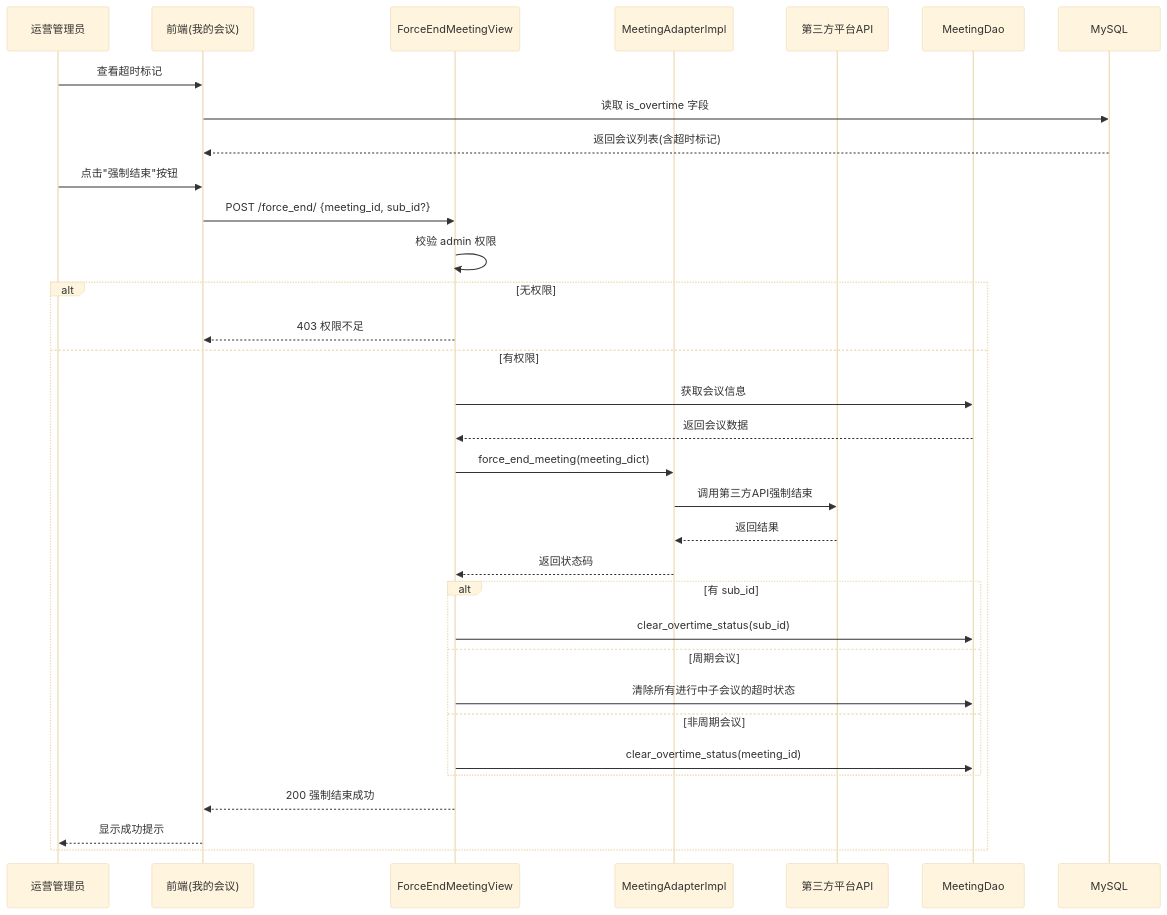
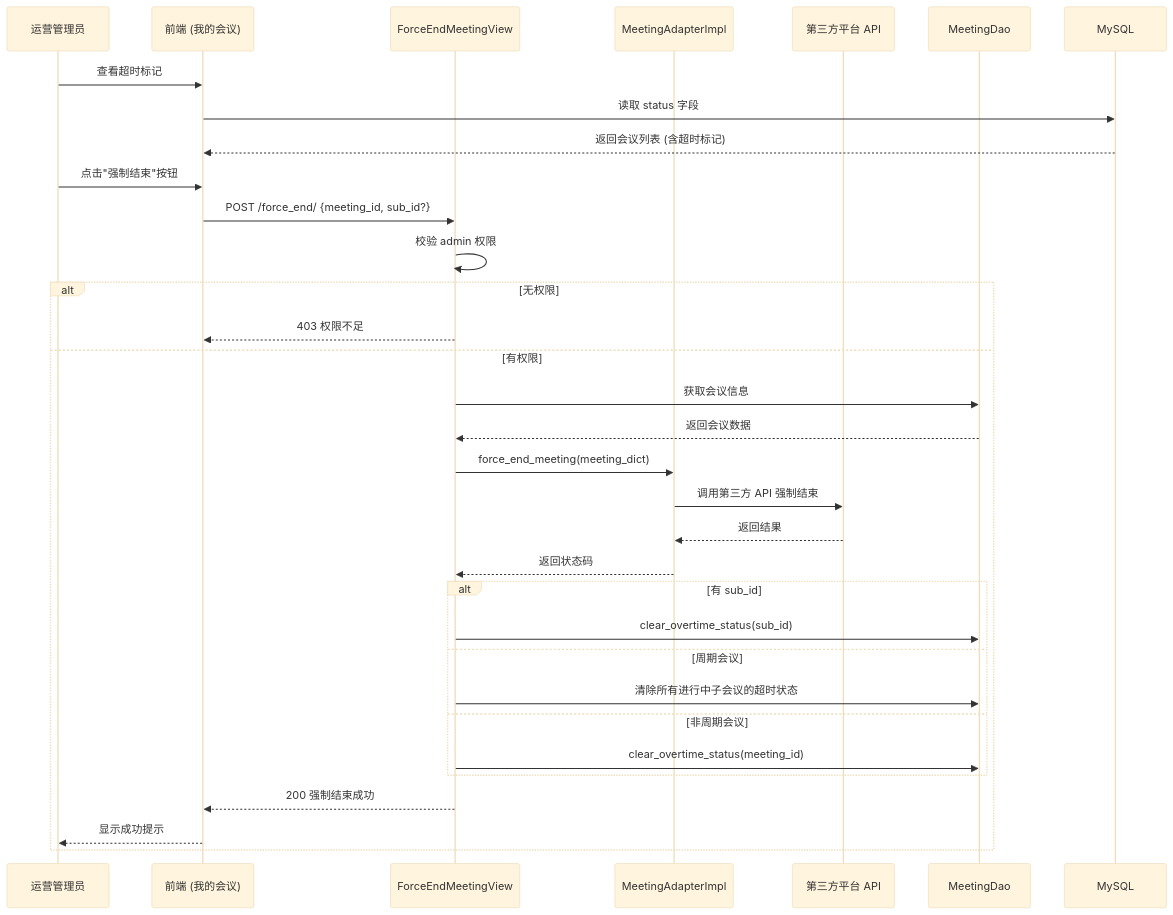
Before and after one commit to GeorgeCao-hw/backlog-test: the fifth of 5 diagrams in opensourceways/issue_docs/100/Architecture Design/#100 Architecture Design Specification.md, drawn with Mermaid (base theme). The commit also changed other lines of this file and 1 other file, not shown here.

````diff
--- a/opensourceways/issue_docs/100/Architecture Design/#100 Architecture Design Specification.md
+++ b/opensourceways/issue_docs/100/Architecture Design/#100 Architecture Design Specification.md
@@ -231,42 +216,42 @@
 ```mermaid
 sequenceDiagram
     participant Admin as 运营管理员
-    participant Frontend as 前端(我的会议)
+    participant Frontend as 前端 (我的会议)
     participant API as ForceEndMeetingView
     participant Adapter as MeetingAdapterImpl
-    participant Platform as 第三方平台API
+    participant Platform as 第三方平台 API
     participant DAO as MeetingDao
     participant DB as MySQL
 
     Admin->>Frontend: 查看超时标记
-    Frontend->>DB: 读取 is_overtime 字段
-    DB-->>Frontend: 返回会议列表(含超时标记)
+    Frontend->>DB: 读取 status 字段
+    DB-->>Frontend: 返回会议列表 (含超时标记)
 
     Admin->>Frontend: 点击"强制结束"按钮
     Frontend->>API: POST /force_end/ {meeting_id, sub_id?}
 
     API->>API: 校验 admin 权限
 
     alt 无权限
         API-->>Frontend: 403 权限不足
     else 有权限
         API->>DAO: 获取会议信息
         DAO-->>API: 返回会议数据
 
         API->>Adapter: force_end_meeting(meeting_dict)
-        Adapter->>Platform: 调用第三方API强制结束
+        Adapter->>Platform: 调用第三方 API 强制结束
         Platform-->>Adapter: 返回结果
         Adapter-->>API: 返回状态码
 
         alt 有 sub_id
             API->>DAO: clear_overtime_status(sub_id)
         else 周期会议
             API->>DAO: 清除所有进行中子会议的超时状态
         else 非周期会议
             API->>DAO: clear_overtime_status(meeting_id)
         end
 
         API-->>Frontend: 200 强制结束成功
         Frontend-->>Admin: 显示成功提示
     end
 ```
````
